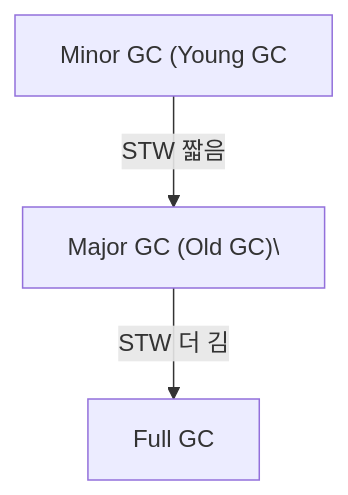
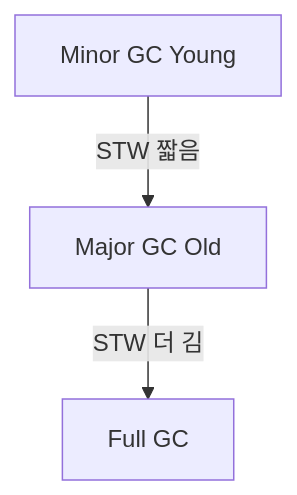
One commit to yjkim2015/yjkim2015.github.io changed the ninth of 29 diagrams in _posts/java/2026-05-01-java-garbage-collector.md. Above: the diagram before and after it, drawn with Mermaid. The commit also changed other lines of this file and 155 other files, not shown here.

First line of the commit message:
Mermaid 전면 수정: subgraph 제거, participant/노드/줄수 축소 (342블록)

````diff
--- a/_posts/java/2026-05-01-java-garbage-collector.md
+++ b/_posts/java/2026-05-01-java-garbage-collector.md
@@ -170,8 +154,5 @@
 ```mermaid
 graph TD
-    MinorGC["Minor GC (Young GC"]
-    MajorGC["Major GC (Old GC)\"]
-    FullGC["Full GC"]
-    MinorGC -->|"STW 짧음"| MajorGC
-    MajorGC -->|"STW 더 김"| FullGC
+    MinorGC["Minor GC Young"] -->|"STW 짧음"| MajorGC["Major GC Old"]
+    MajorGC -->|"STW 더 김"| FullGC["Full GC"]
 ```
````
